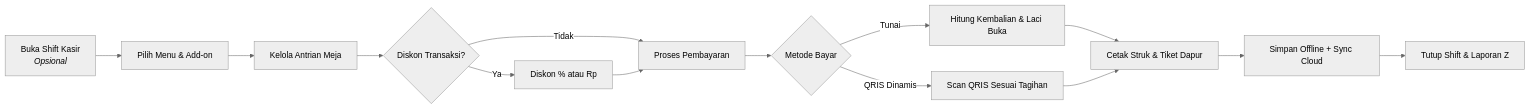
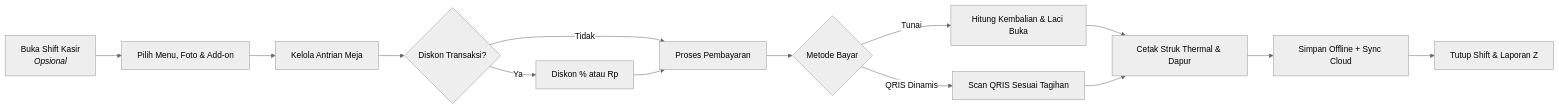
Before and after one commit to miezlearning/aristotle-pos: the diagram in README.md, drawn with Mermaid (neutral theme). The commit also changed other lines of this file, not shown here.

````diff
--- a/README.md
+++ b/README.md
@@ -73,16 +119,16 @@
 ```mermaid
 graph LR
-    A[Buka Shift Kasir<br><i>Opsional</i>] --> B[Pilih Menu & Add-on]
+    A[Buka Shift Kasir<br><i>Opsional</i>] --> B[Pilih Menu, Foto & Add-on]
     B --> C[Kelola Antrian Meja]
     C --> D{Diskon Transaksi?}
     D -->|Ya| E[Diskon % atau Rp]
     D -->|Tidak| F[Proses Pembayaran]
     E --> F
     F --> G{Metode Bayar}
     G -->|Tunai| H[Hitung Kembalian & Laci Buka]
     G -->|QRIS Dinamis| I[Scan QRIS Sesuai Tagihan]
-    H --> J[Cetak Struk & Tiket Dapur]
+    H --> J[Cetak Struk Thermal & Dapur]
     I --> J
     J --> K[Simpan Offline + Sync Cloud]
     K --> L[Tutup Shift & Laporan Z]
 ```
````
